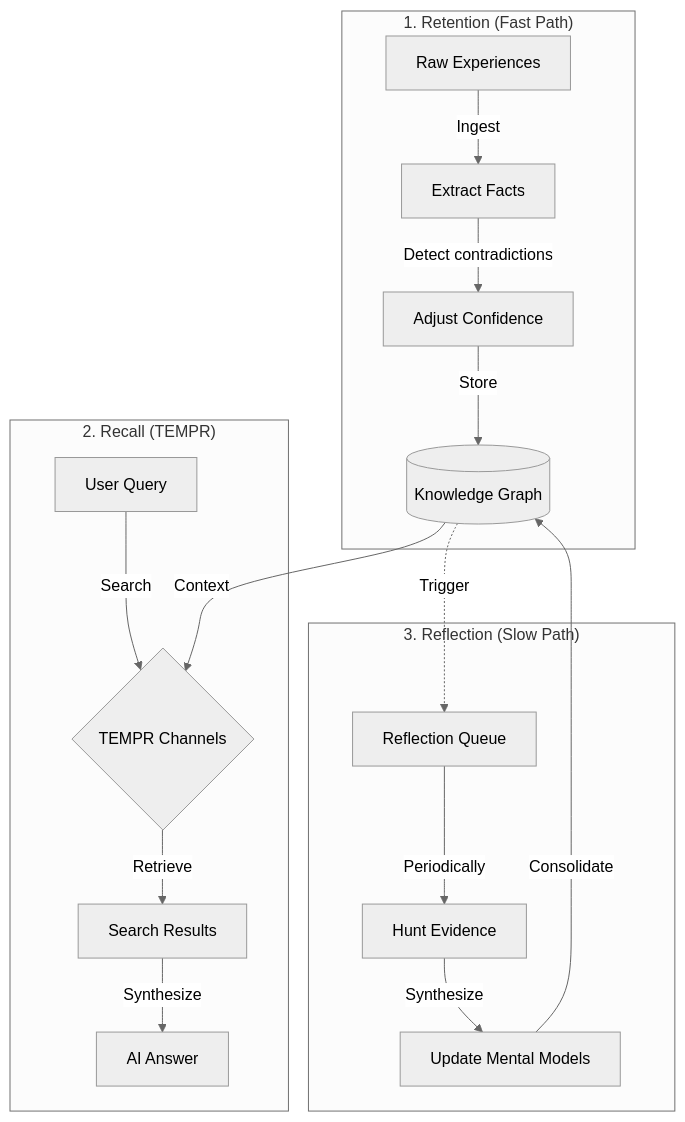
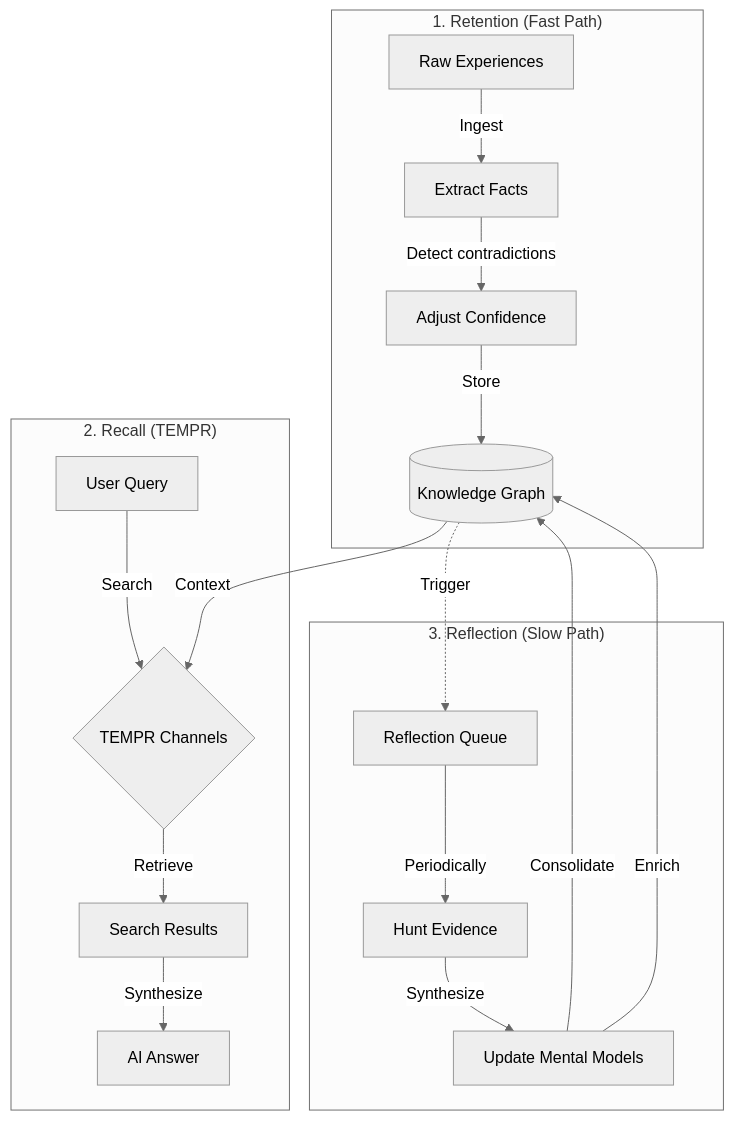
Before and after one commit to JasperHG90/memex: the diagram in docs/explanation/hindsight-framework.md, drawn with Mermaid (neutral theme). The commit also changed other lines of this file and 11 other files, not shown here.

````diff
--- a/docs/explanation/hindsight-framework.md
+++ b/docs/explanation/hindsight-framework.md
@@ -15,22 +15,23 @@
 ```mermaid
 graph TD
     subgraph "1. Retention (Fast Path)"
         A[Raw Experiences] -->|Ingest| B[Extract Facts]
         B -->|Detect contradictions| B2[Adjust Confidence]
         B2 -->|Store| C[(Knowledge Graph)]
     end
 
     subgraph "2. Recall (TEMPR)"
         D[User Query] -->|Search| E{TEMPR Channels}
         C -->|Context| E
         E -->|Retrieve| F[Search Results]
         F -->|Synthesize| G[AI Answer]
     end
 
     subgraph "3. Reflection (Slow Path)"
         C -.->|Trigger| J[Reflection Queue]
         J -->|Periodically| K[Hunt Evidence]
         K -->|Synthesize| L[Update Mental Models]
         L -->|Consolidate| C
+        L -->|Enrich| C
     end
 ```
````
